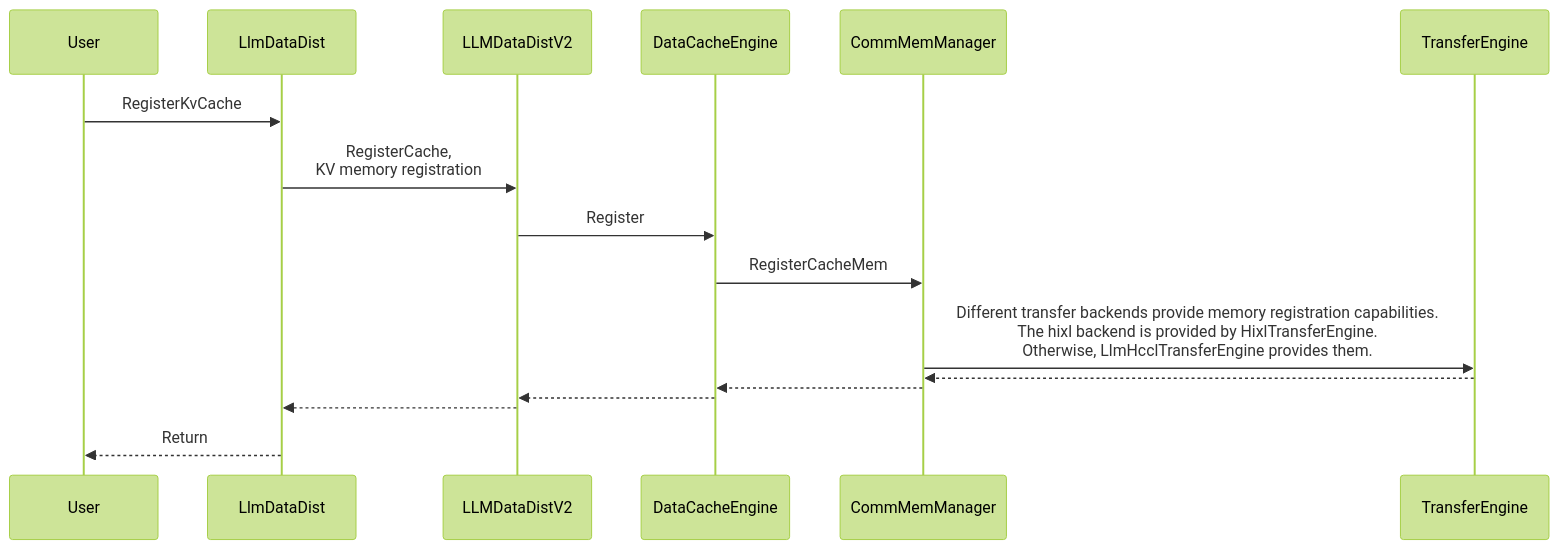
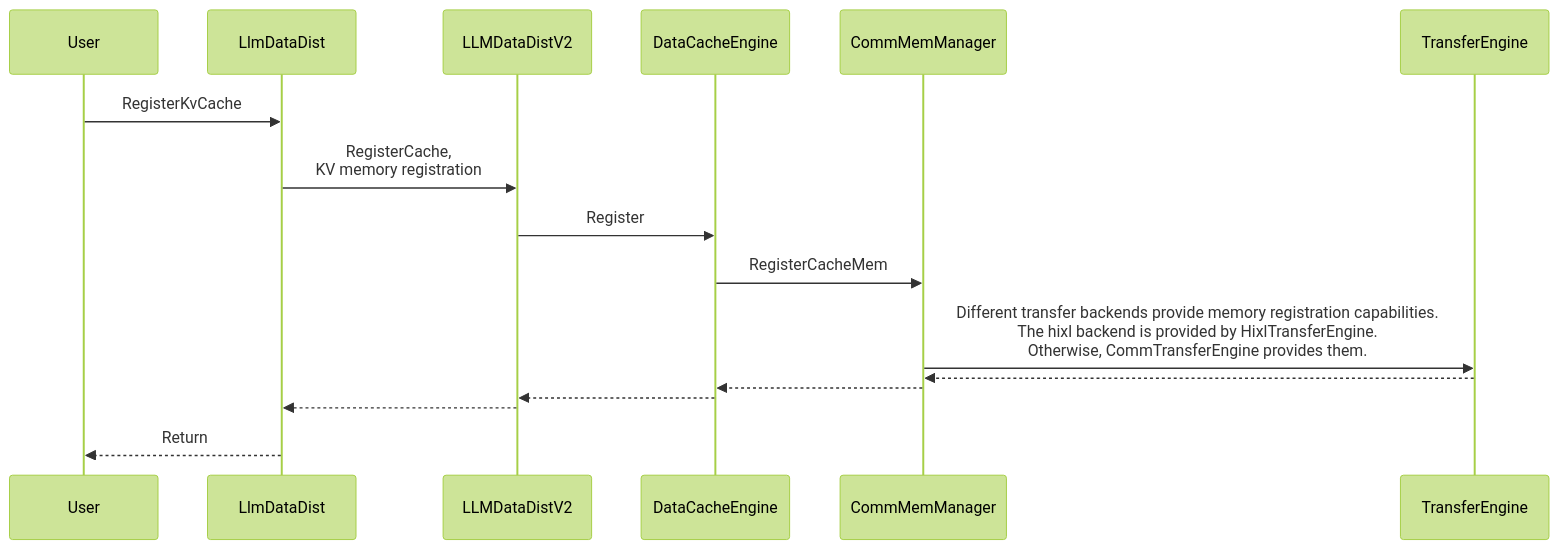
One commit to hicann/hixl changed the fourth of 6 diagrams in docs/en/design/llm-datadist_supporting_the_hixl_transfer_backend.md. Above: the diagram before and after it, drawn with Mermaid (forest theme). The commit also changed other lines of this file and 51 other files, not shown here.

First paragraph of the commit message:
[refactor]: rename llm_datadist LlmHccl/adapter_hccl to Comm/comm_adapter

````diff
--- a/docs/en/design/llm-datadist_supporting_the_hixl_transfer_backend.md
+++ b/docs/en/design/llm-datadist_supporting_the_hixl_transfer_backend.md
@@ -243,13 +243,13 @@
 ```mermaid
 sequenceDiagram
   User ->> LlmDataDist: RegisterKvCache
   LlmDataDist ->> LLMDataDistV2: RegisterCache,<br>KV memory registration
   LLMDataDistV2 ->> DataCacheEngine: Register
   DataCacheEngine ->> CommMemManager: RegisterCacheMem
-  CommMemManager ->> TransferEngine: Different transfer backends provide memory registration capabilities.<br>The hixl backend is provided by HixlTransferEngine.<br>Otherwise, LlmHcclTransferEngine provides them.
+  CommMemManager ->> TransferEngine: Different transfer backends provide memory registration capabilities.<br>The hixl backend is provided by HixlTransferEngine.<br>Otherwise, CommTransferEngine provides them.
   TransferEngine -->> CommMemManager:
   CommMemManager -->> DataCacheEngine:
   DataCacheEngine -->> LLMDataDistV2:
   LLMDataDistV2 -->> LlmDataDist:
   LlmDataDist -->> User: Return
 ```
````
